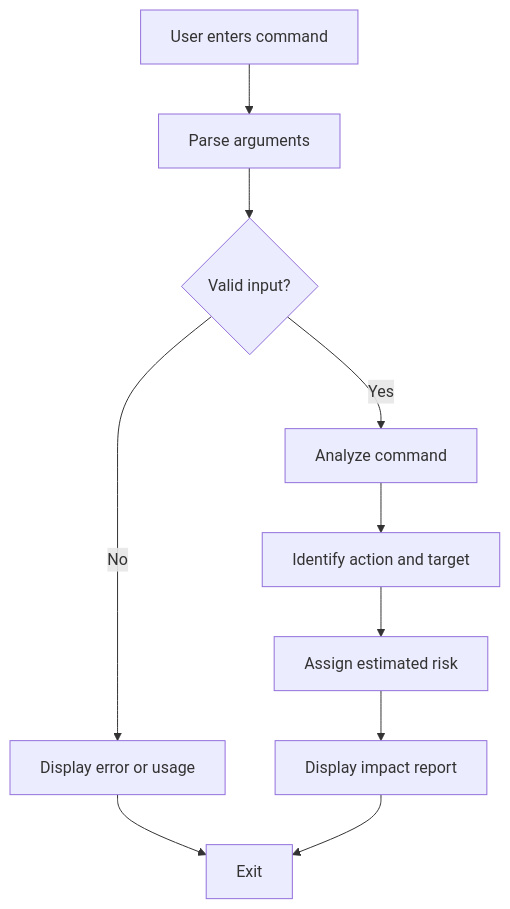
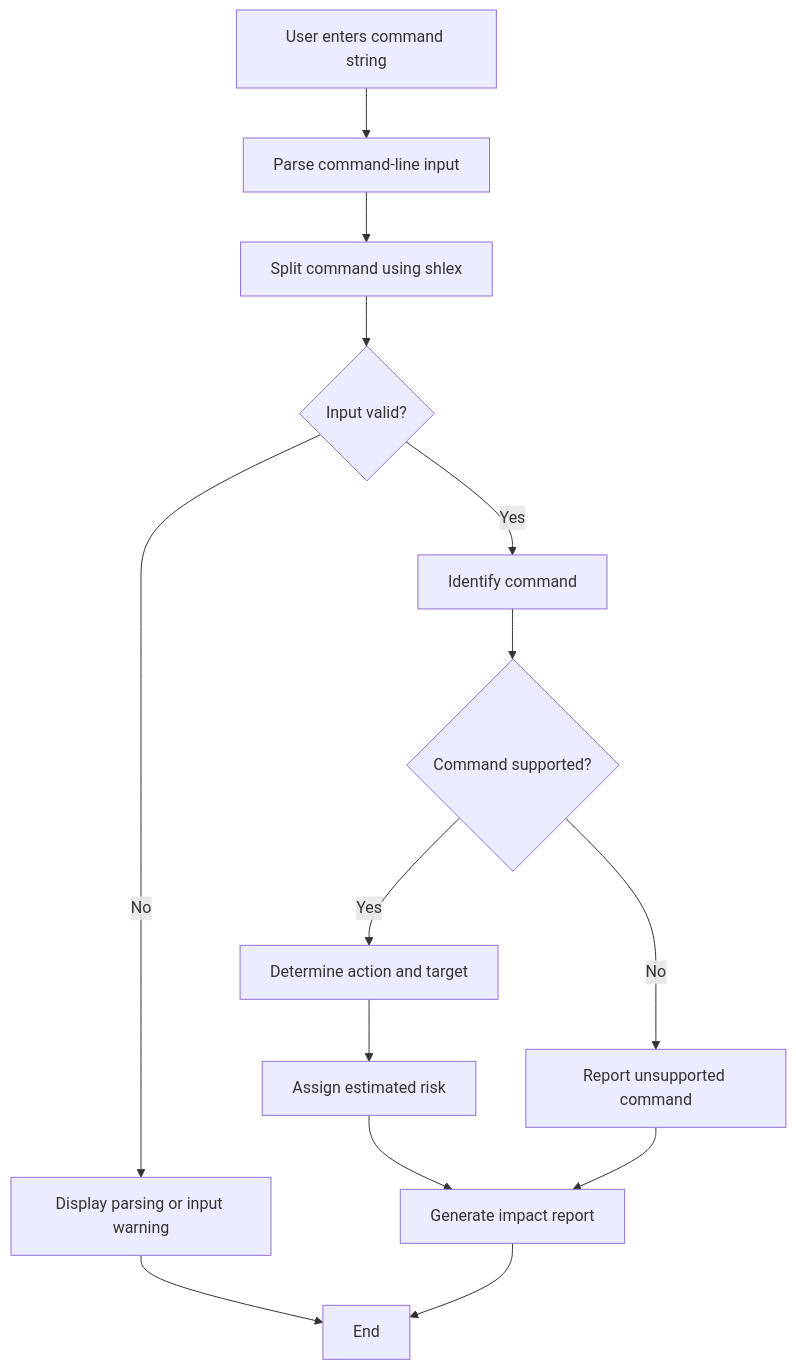
The diagram in README.md (Ompro24/LInux-Command-Assignment), drawn with Mermaid before and after one commit. The commit also changed other lines of this file, not shown here.

````diff
--- a/README.md
+++ b/README.md
@@ -166,12 +170,16 @@
 ```mermaid
 flowchart TD
-    A[User enters command] --> B[Parse arguments]
-    B --> C{Valid input?}
-    C -->|No| D[Display error or usage]
-    C -->|Yes| E[Analyze command]
-    E --> F[Identify action and target]
-    F --> G[Assign estimated risk]
-    G --> H[Display impact report]
-    D --> I[Exit]
-    H --> I
+    A[User enters command string] --> B[Parse command-line input]
+    B --> C[Split command using shlex]
+    C --> D{Input valid?}
+    D -->|No| E[Display parsing or input warning]
+    D -->|Yes| F[Identify command]
+    F --> G{Command supported?}
+    G -->|Yes| H[Determine action and target]
+    H --> I[Assign estimated risk]
+    I --> J[Generate impact report]
+    G -->|No| K[Report unsupported command]
+    K --> J
+    E --> L[End]
+    J --> L
 ```
````
